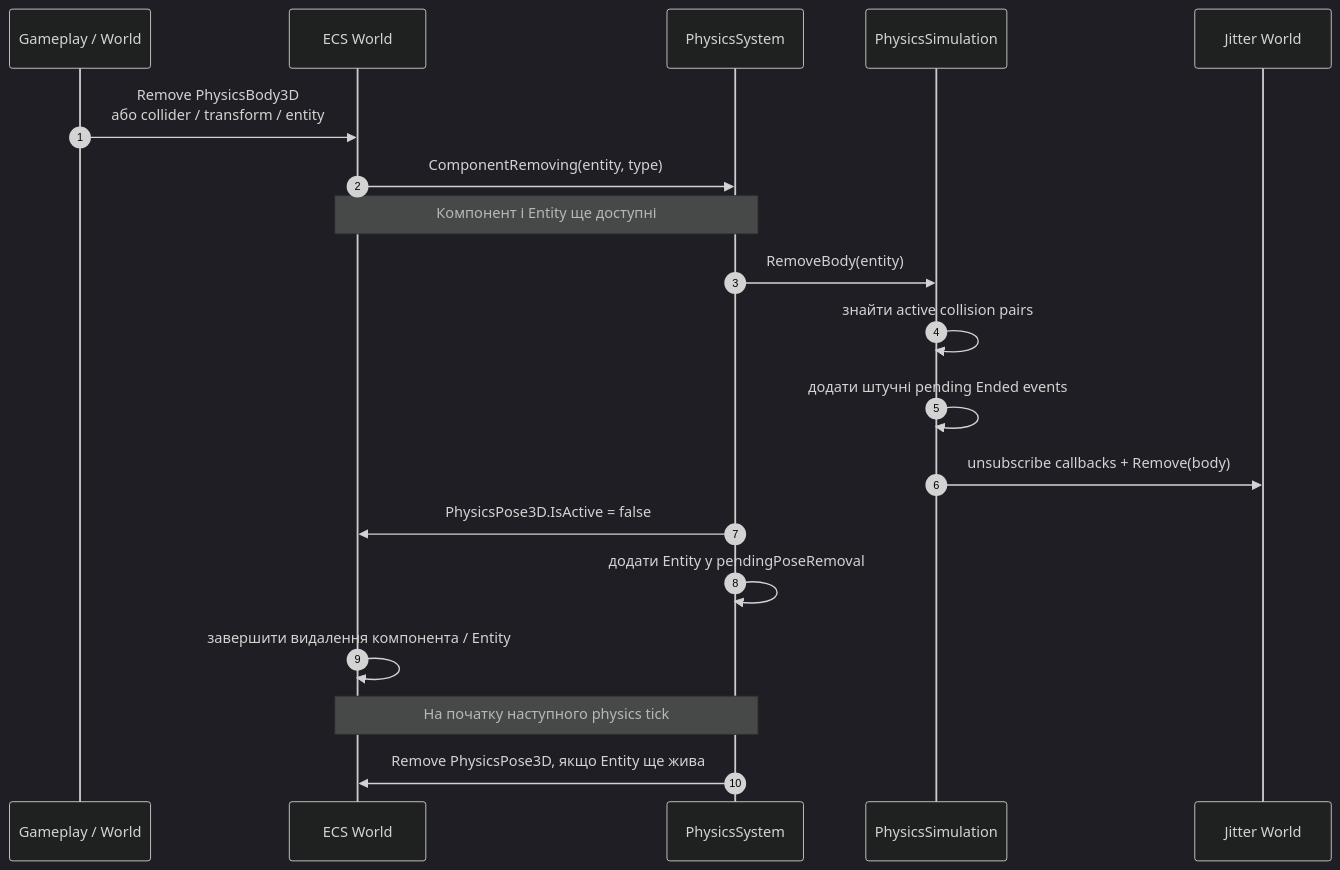
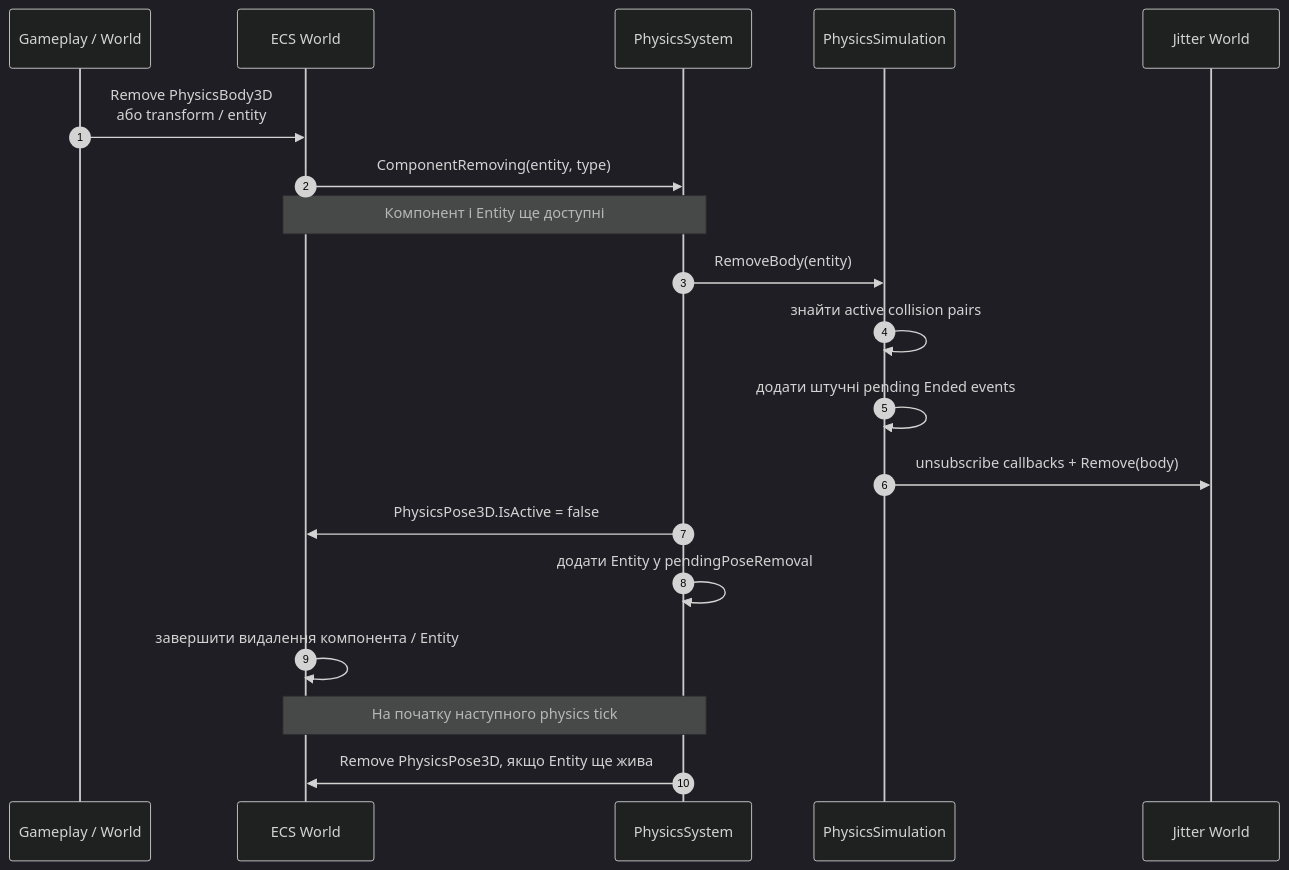
One commit to 7wai7/MonoGame-project changed the second of 2 diagrams in docs/diagrams/06-physics-body-lifecycle.md. Above: the diagram before and after it, drawn with Mermaid (dark theme). The commit also changed other lines of this file and 14 other files, not shown here.

```diff
--- a/docs/diagrams/06-physics-body-lifecycle.md
+++ b/docs/diagrams/06-physics-body-lifecycle.md
@@ -111,22 +134,22 @@
 ~~~mermaid
 sequenceDiagram
     autonumber
     participant G as Gameplay / World
     participant W as ECS World
     participant P as PhysicsSystem
     participant S as PhysicsSimulation
     participant J as Jitter World
 
-    G->>W: Remove PhysicsBody3D<br/>або collider / transform / entity
+    G->>W: Remove PhysicsBody3D<br/>або transform / entity
     W->>P: ComponentRemoving(entity, type)
     Note over W,P: Компонент і Entity ще доступні
     P->>S: RemoveBody(entity)
     S->>S: знайти active collision pairs
     S->>S: додати штучні pending Ended events
     S->>J: unsubscribe callbacks + Remove(body)
     P->>W: PhysicsPose3D.IsActive = false
     P->>P: додати Entity у pendingPoseRemoval
     W->>W: завершити видалення компонента / Entity
     Note over P,W: На початку наступного physics tick
     P->>W: Remove PhysicsPose3D, якщо Entity ще жива
 ~~~
```
